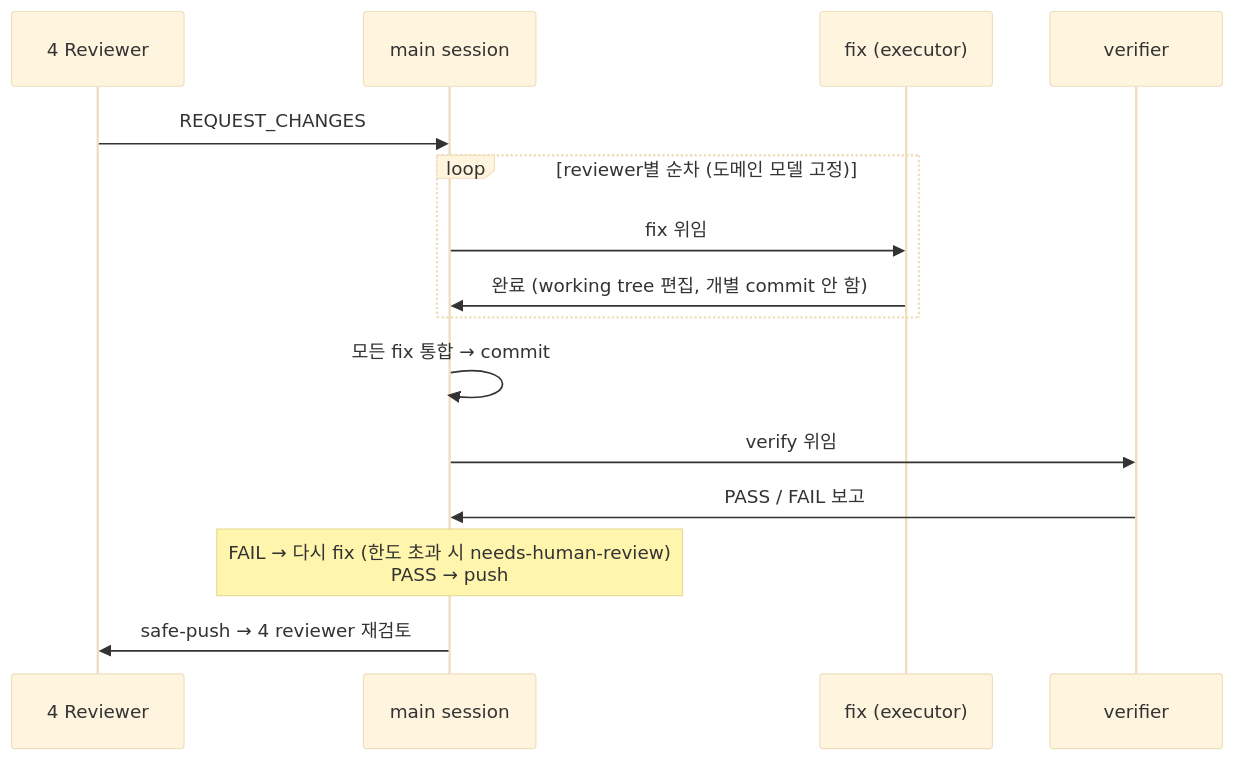
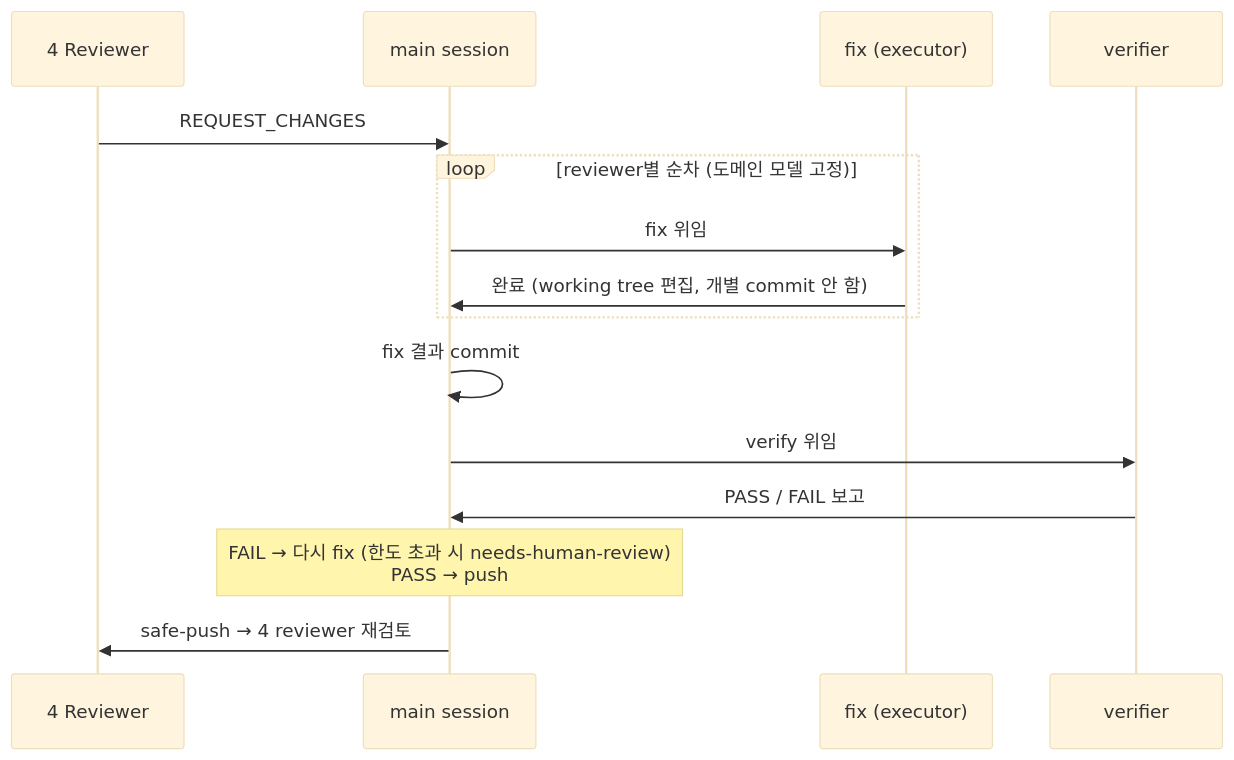
One commit to simsimhugh/macro-logbot changed the second of 2 diagrams in docs/process/03-개발-프로세스.md. Above: the diagram before and after it, drawn with Mermaid (base theme). The commit also changed other lines of this file and 4 other files, not shown here.

````diff
--- a/docs/process/03-개발-프로세스.md
+++ b/docs/process/03-개발-프로세스.md
@@ -140,17 +140,17 @@
 ```mermaid
 sequenceDiagram
     participant R as 4 Reviewer
     participant M as main session
     participant F as fix (executor)
     participant V as verifier
     R->>M: REQUEST_CHANGES
     loop reviewer별 순차 (도메인 모델 고정)
         M->>F: fix 위임
         F->>M: 완료 (working tree 편집, 개별 commit 안 함)
     end
-    M->>M: 모든 fix 통합 → commit
+    M->>M: fix 결과 commit
     M->>V: verify 위임
     V->>M: PASS / FAIL 보고
     Note over M: FAIL → 다시 fix (한도 초과 시 needs-human-review)<br/>PASS → push
     M->>R: safe-push → 4 reviewer 재검토
 ```
````
